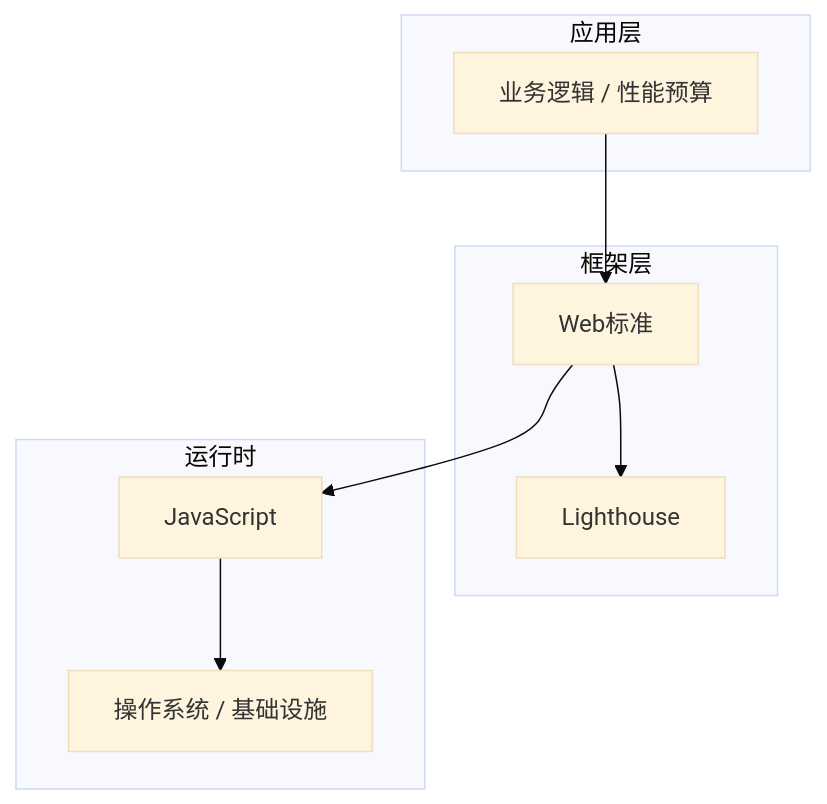
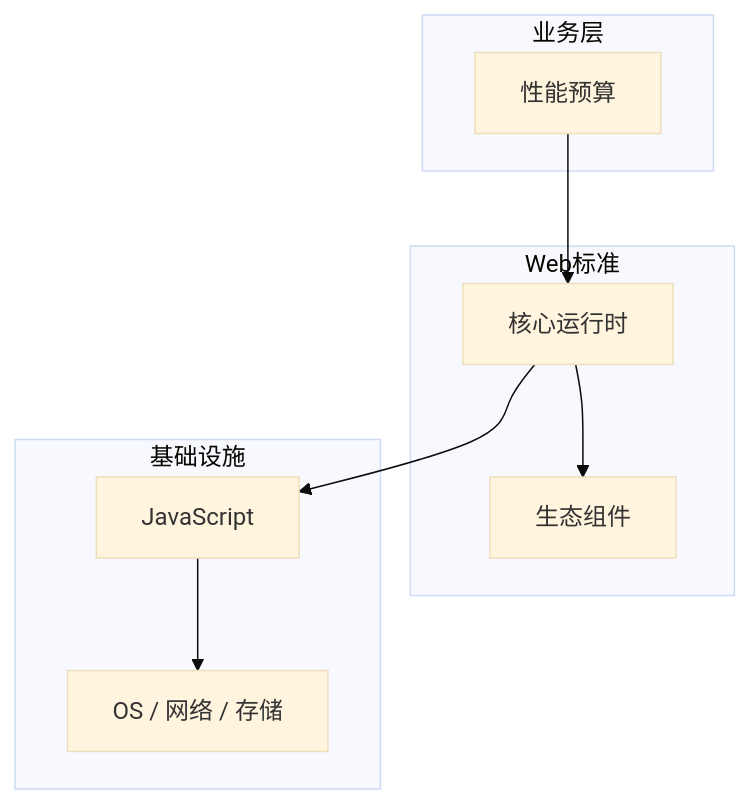
The diagram in articles/Web性能优化/chapters/085-性能预算核心概念与原理.md (yanggan2015/knowledge-json-v2), drawn with Mermaid (base theme) before and after one commit. The commit also changed other lines of this file and 10127 other files, not shown here.

````diff
--- a/articles/Web性能优化/chapters/085-性能预算核心概念与原理.md
+++ b/articles/Web性能优化/chapters/085-性能预算核心概念与原理.md
@@ -45,18 +34,18 @@
 ```mermaid
 graph TB
-    subgraph 应用层
-        A[业务逻辑 / 性能预算]
+    subgraph 业务层
+        A[性能预算]
     end
-    subgraph 框架层
-        B[Web标准]
-        C[Lighthouse]
+    subgraph Web标准
+        B[核心运行时]
+        C[生态组件]
     end
-    subgraph 运行时
+    subgraph 基础设施
         D[JavaScript]
-        E[操作系统 / 基础设施]
+        E[OS / 网络 / 存储]
     end
     A --> B
     B --> C
     B --> D
     D --> E
 ```
````
